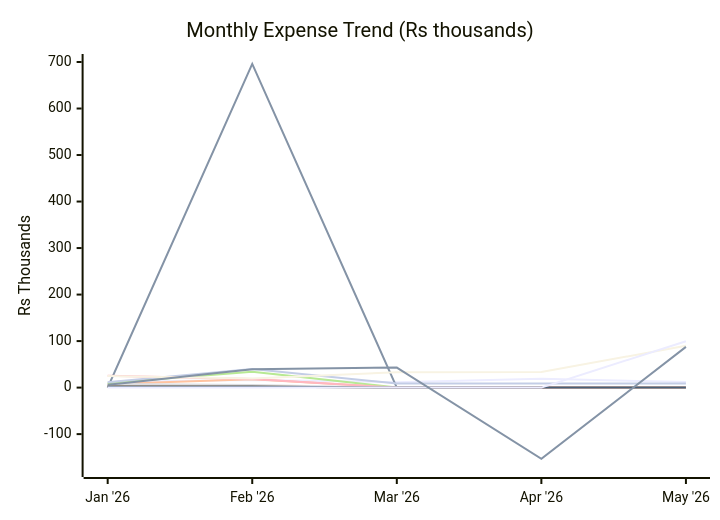
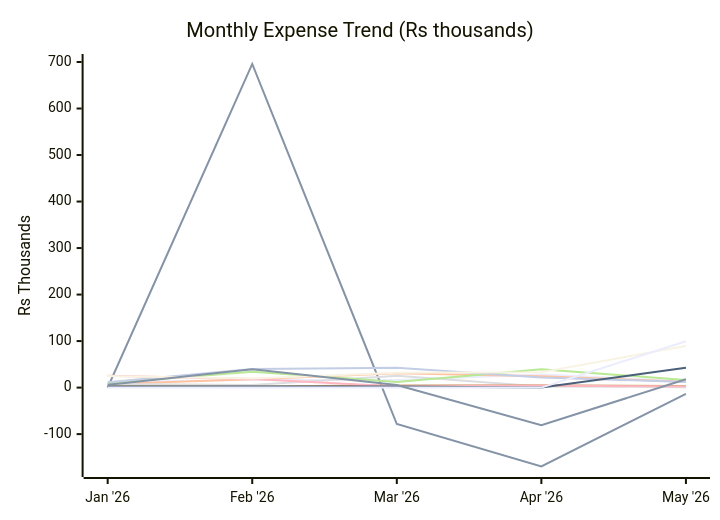
Before and after one commit to sachin-hg/expense-reporter: the first of 2 diagrams in reports/2026-05.md, drawn with Mermaid. The commit also changed other lines of this file and 20 other files, not shown here.

````diff
--- a/reports/2026-05.md
+++ b/reports/2026-05.md
@@ -18,18 +25,18 @@
 ```mermaid
 xychart-beta
     title "Monthly Expense Trend (Rs thousands)"
     x-axis ["Jan '26", "Feb '26", "Mar '26", "Apr '26", "May '26"]
     y-axis "Rs Thousands" -175 --> 700
-    line "Travel" [12.1, 16.5, 11.7, 18.8, 12.3]
-    line "Trip" [0.0, 695.8, 0.0, 0.0, 0.0]
-    line "Shopping" [7.8, 17.8, 0.0, 0.0, 0.0]
-    line "Baby" [7.7, 5.6, 0.0, 0.0, 0.0]
-    line "Outside Food" [9.5, 34.3, 0.0, 0.0, 0.0]
-    line "Grocery" [2.9, 2.6, 0.0, 0.0, 0.0]
-    line "Utilities & Bills" [11.5, 39.9, 8.9, 8.9, 8.9]
-    line "Health, Fitness & Self Care" [25.5, 18.4, 0.0, 0.0, 0.0]
-    line "Upskill / AI" [2.6, 2.5, 0.0, 0.0, 0.0]
-    line "Rohan" [24.8, 19.3, 33.0, 33.5, 89.8]
+    line "Travel" [12.1, 16.5, 16.3, 27.9, 13.7]
+    line "Trip" [0.0, 695.8, -78.3, -169.5, -13.5]
+    line "Shopping" [7.8, 17.8, 31.0, 24.2, 12.7]
+    line "Baby" [7.7, 5.6, 25.3, 2.4, 1.0]
+    line "Outside Food" [9.5, 34.3, 12.1, 39.2, 16.4]
+    line "Grocery" [2.9, 2.6, 4.7, 5.3, 3.2]
+    line "Utilities & Bills" [11.5, 39.9, 42.8, 21.7, 12.3]
+    line "Health, Fitness & Self Care" [25.5, 18.4, 2.5, 4.4, 2.3]
+    line "Upskill / AI" [2.6, 2.5, 2.6, 0.4, 42.6]
+    line "Rohan" [24.8, 19.3, 32.0, 33.1, 89.6]
     line "One-Time Expense" [0.0, 0.0, 0.0, 0.0, 99.7]
-    line "Others" [6.0, 39.6, 43.0, -153.0, 87.5]
+    line "Others" [6.0, 39.6, 5.4, -80.9, 18.1]
 ```
````
